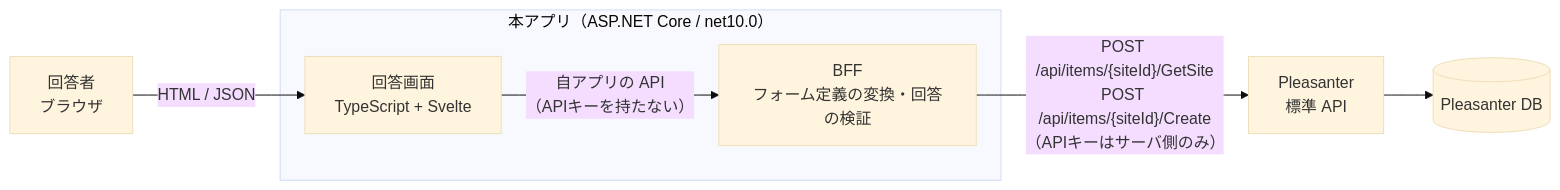
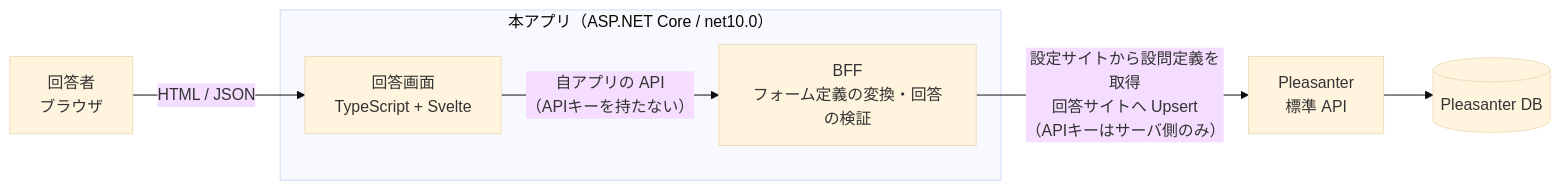
One commit to vehiclevisionjp/VehicleVision.PleasanterTools.Questionnaire changed the first of 4 diagrams in _documents/アーキテクチャ方針.md. Above: the diagram before and after it, drawn with Mermaid (base theme). The commit also changed other lines of this file, not shown here.

First line of the commit message:
設問から列へのマッピングと GUID による Upsert を方針へ加える

````diff
--- a/_documents/アーキテクチャ方針.md
+++ b/_documents/アーキテクチャ方針.md
@@ -38,15 +37,15 @@
 ```mermaid
 flowchart LR
     U["回答者<br/>ブラウザ"]
     subgraph APP["本アプリ（ASP.NET Core / net10.0）"]
         BFF["BFF<br/>フォーム定義の変換・回答の検証"]
         SPA["回答画面<br/>TypeScript + Svelte"]
     end
     PL["Pleasanter<br/>標準 API"]
     DB[("Pleasanter DB")]
 
     U -->|"HTML / JSON"| SPA
     SPA -->|"自アプリの API<br/>（APIキーを持たない）"| BFF
-    BFF -->|"POST /api/items/{siteId}/GetSite<br/>POST /api/items/{siteId}/Create<br/>（APIキーはサーバ側のみ）"| PL
+    BFF -->|"設定サイトから設問定義を取得<br/>回答サイトへ Upsert<br/>（APIキーはサーバ側のみ）"| PL
     PL --> DB
 ```
````
